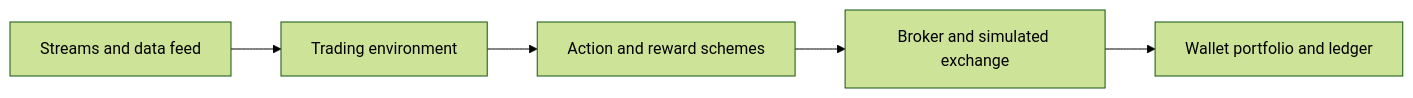
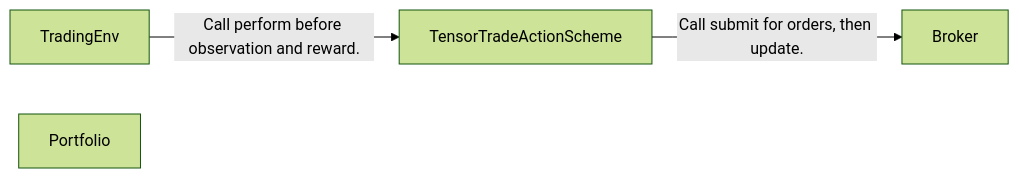
Before and after one commit to alexcwyu/tensortrade: the first of 4 diagrams in docs/ayu-develop.md, drawn with Mermaid (forest theme). The commit also changed other lines of this file and 10 other files, not shown here.

Commit message:
docs: standardize source-reviewed system guides and offline diagrams

````diff
--- a/docs/ayu-develop.md
+++ b/docs/ayu-develop.md
@@ -19,9 +66,9 @@
 ```mermaid
 flowchart LR
-    C0["Streams and data feed"]
-    C1["Trading environment"]
-    C2["Action and reward schemes"]
-    C3["Broker and simulated exchange"]
-    C4["Wallet portfolio and ledger"]
-    C0 --> C1 --> C2 --> C3 --> C4
+  N0["TradingEnv"]
+  N1["TensorTradeActionScheme"]
+  N2["Broker"]
+  N3["Portfolio"]
+  N0 -->|"Call perform before observation and reward."| N1
+  N1 -->|"Call submit for orders, then update."| N2
 ```
````
